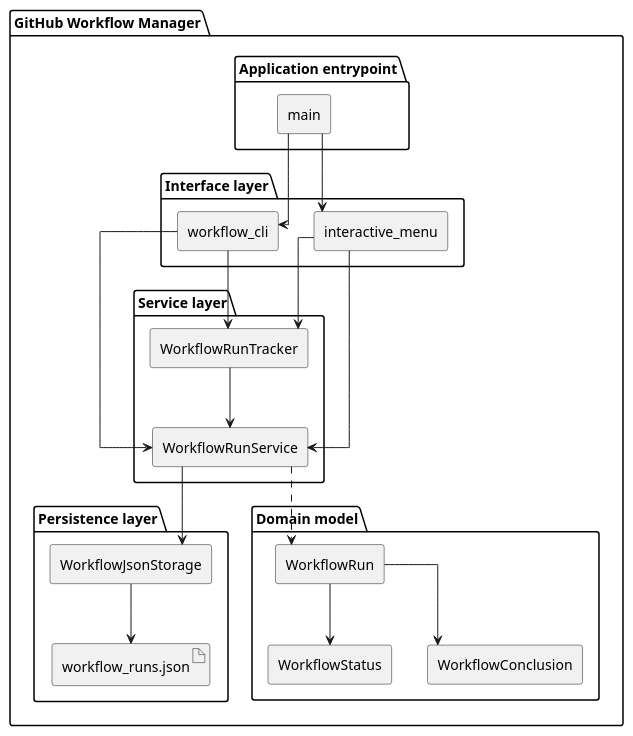
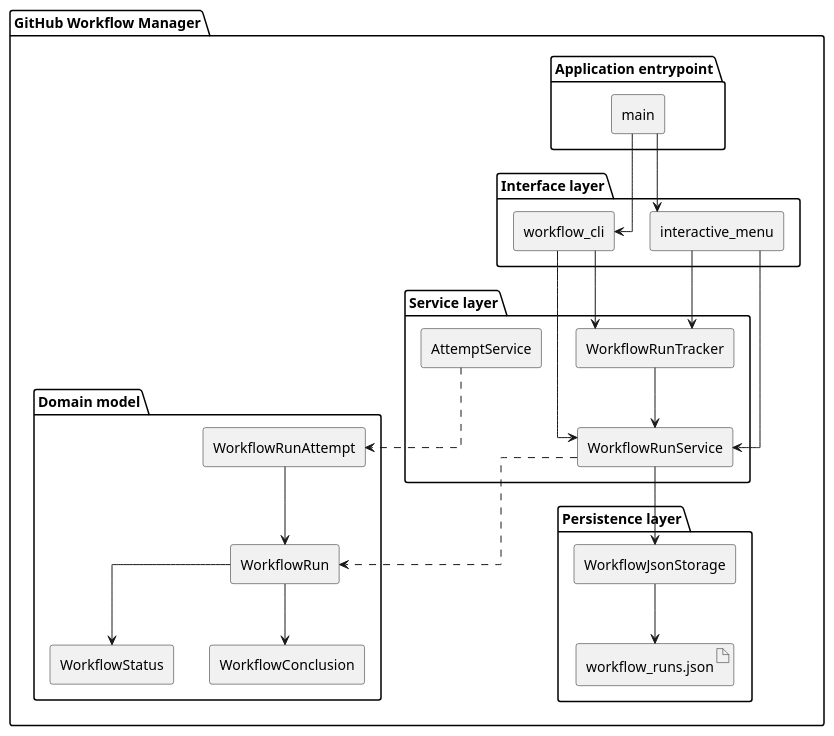
The diagram in experiments/broadcast/test_driven/github-workflow-manager/artifacts/component_diagram.puml (DanielRiha8906/Software_autoevolution_using_agents), drawn with PlantUML before and after one commit. The commit also changed 5 other files, not shown here.

First line of the commit message:
Task 04: Implement AttemptService

```diff
--- a/experiments/broadcast/test_driven/github-workflow-manager/artifacts/component_diagram.puml
+++ b/experiments/broadcast/test_driven/github-workflow-manager/artifacts/component_diagram.puml
@@ -1,52 +1,56 @@
 @startuml component_diagram
 
 skinparam componentStyle rectangle
 skinparam linetype ortho
 top to bottom direction
 
 package "GitHub Workflow Manager" {
 
   package "Application entrypoint" {
     component "main" as MAIN
   }
 
   package "Interface layer" {
     component "workflow_cli" as CLI
     component "interactive_menu" as IM
   }
 
   package "Service layer" {
     component "WorkflowRunTracker" as TRACKER
     component "WorkflowRunService" as SVC
+    component "AttemptService" as ATTEMPT_SVC
   }
 
   package "Persistence layer" {
     component "WorkflowJsonStorage" as STOR
     artifact "workflow_runs.json" as JSON_FILE
   }
 
   package "Domain model" {
     component "WorkflowRun" as RUN
+    component "WorkflowRunAttempt" as ATTEMPT
     component "WorkflowStatus" as STATUS
     component "WorkflowConclusion" as CONCLUSION
   }
 }
 
 MAIN --> CLI
 MAIN --> IM
 
 CLI --> TRACKER
 IM --> TRACKER
 
 CLI --> SVC
 IM --> SVC
 
 TRACKER --> SVC
 SVC --> STOR
 STOR --> JSON_FILE
 
 SVC ..> RUN
+ATTEMPT_SVC ..> ATTEMPT
+ATTEMPT --> RUN
 RUN --> STATUS
 RUN --> CONCLUSION
 
 @enduml
```
